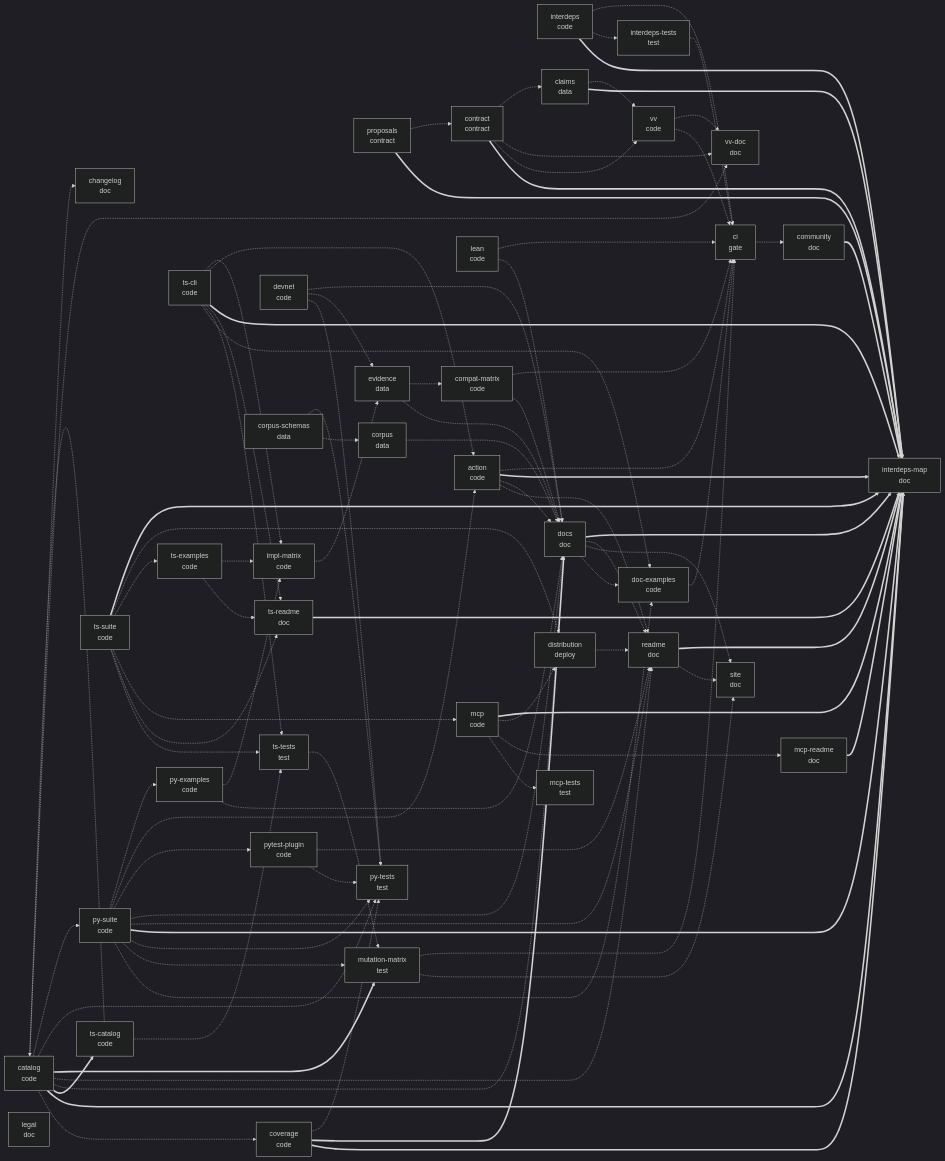
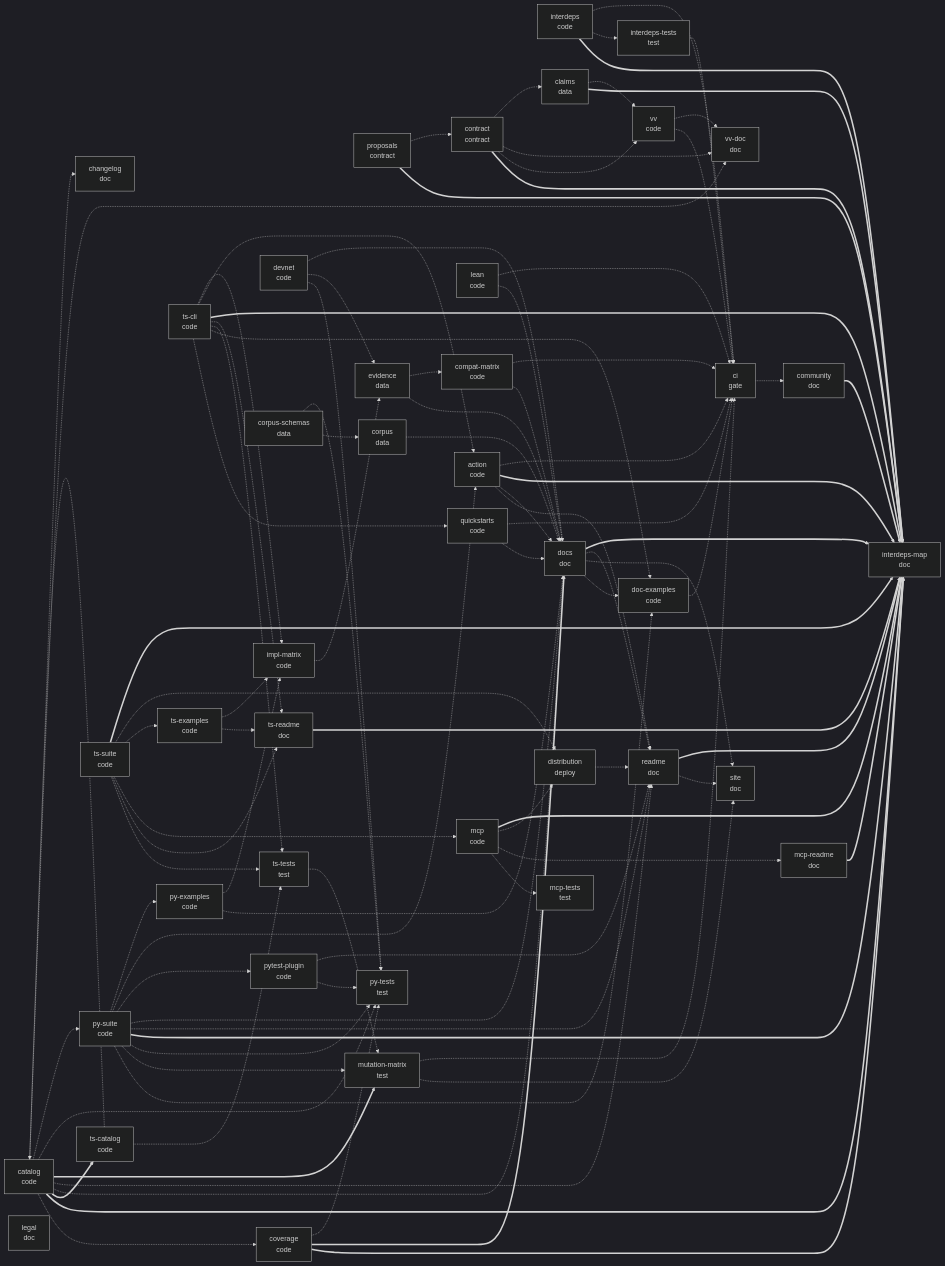
Before and after one commit to actions-marketplace-validations/atsp-protocol_x402-conformance: the second of 2 diagrams in docs/INTERDEPENDENCY.md, drawn with Mermaid (dark theme). The commit also changed other lines of this file and 28 other files, not shown here.

```diff
--- a/docs/INTERDEPENDENCY.md
+++ b/docs/INTERDEPENDENCY.md
@@ -336,6 +336,7 @@
   devnet["devnet<br/>code"]
   py_suite["py-suite<br/>code"]
   py_tests["py-tests<br/>test"]
+  quickstarts["quickstarts<br/>code"]
   py_examples["py-examples<br/>code"]
   ts_catalog["ts-catalog<br/>code"]
   ts_cli["ts-cli<br/>code"]
@@ -380,6 +381,9 @@
   claims -.-> vv
   vv -.-> ci
   vv -.-> vv_doc
+  ts_cli -.-> quickstarts
+  quickstarts -.-> docs
+  quickstarts -.-> ci
   docs -.-> doc_examples
   ts_cli -.-> doc_examples
   py_suite -.-> doc_examples
```
